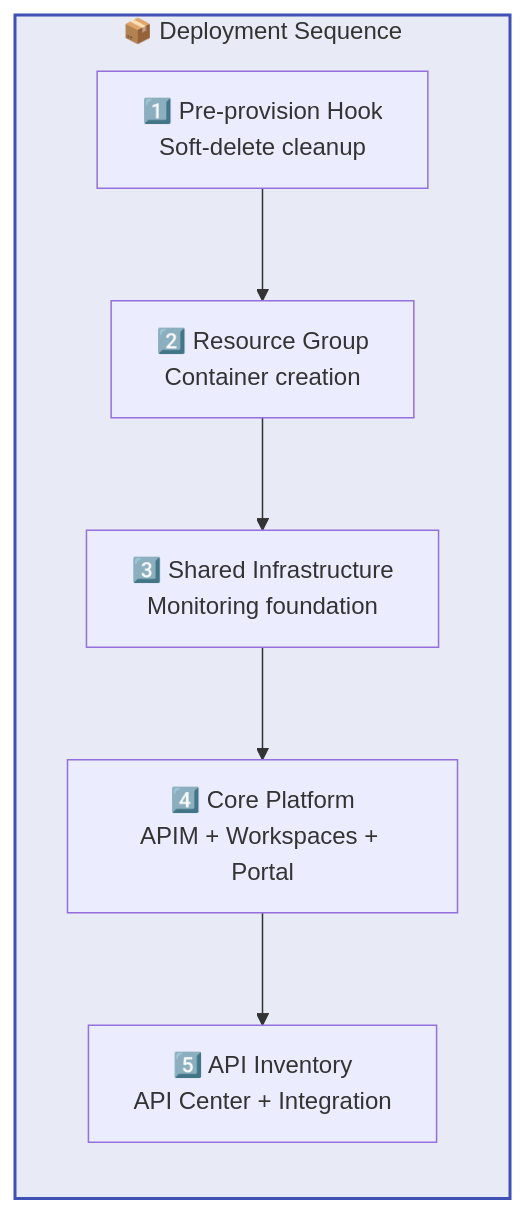
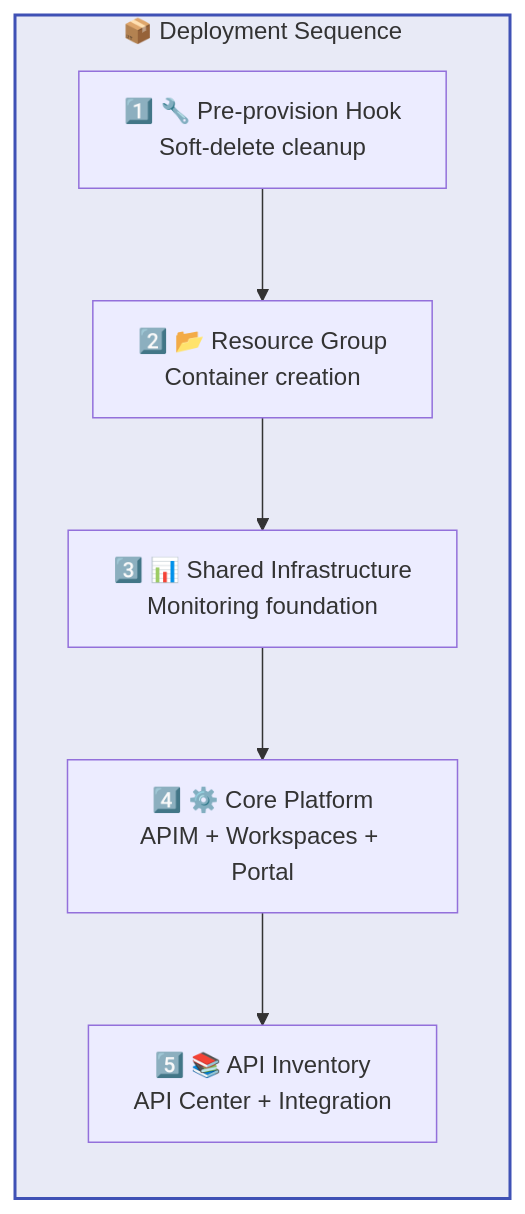
Before and after one commit to Evilazaro/APIM-Accelerator: the tenth of 10 diagrams in docs/architecture/Business_Architecture_Document.md, drawn with Mermaid. The commit also changed other lines of this file and 1 other file, not shown here.

Commit message:
Enhance Data Architecture Document with improved flowcharts and semantic icons for better clarity and visual appeal

````diff
--- a/docs/architecture/Business_Architecture_Document.md
+++ b/docs/architecture/Business_Architecture_Document.md
@@ -549,20 +580,23 @@
 ```mermaid
 %%{init: {"flowchart": {"htmlLabels": false}} }%%
+%% ============================================
+%% COLOR SCHEME: Standard main group #E8EAF6
+%% ============================================
 flowchart TB
     subgraph sequence["📦 Deployment Sequence"]
         direction TB
 
-        D1["1️⃣ Pre-provision Hook<br/>Soft-delete cleanup"]
-        D2["2️⃣ Resource Group<br/>Container creation"]
-        D3["3️⃣ Shared Infrastructure<br/>Monitoring foundation"]
-        D4["4️⃣ Core Platform<br/>APIM + Workspaces + Portal"]
-        D5["5️⃣ API Inventory<br/>API Center + Integration"]
+        D1["1️⃣ 🔧 Pre-provision Hook<br/>Soft-delete cleanup"]
+        D2["2️⃣ 📂 Resource Group<br/>Container creation"]
+        D3["3️⃣ 📊 Shared Infrastructure<br/>Monitoring foundation"]
+        D4["4️⃣ ⚙️ Core Platform<br/>APIM + Workspaces + Portal"]
+        D5["5️⃣ 📚 API Inventory<br/>API Center + Integration"]
 
         D1 --> D2
         D2 --> D3
         D3 --> D4
         D4 --> D5
     end
 
     style sequence fill:#E8EAF6,stroke:#3F51B5,stroke-width:2px
 ```
````
